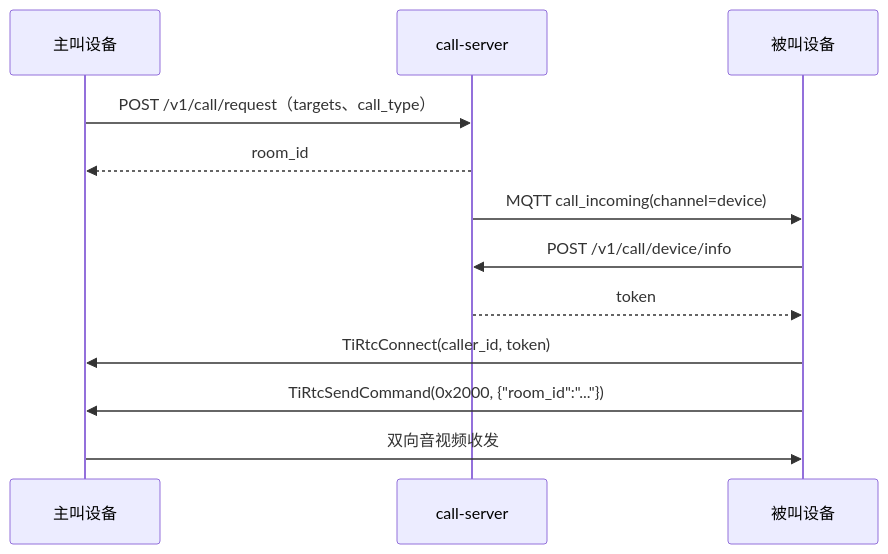
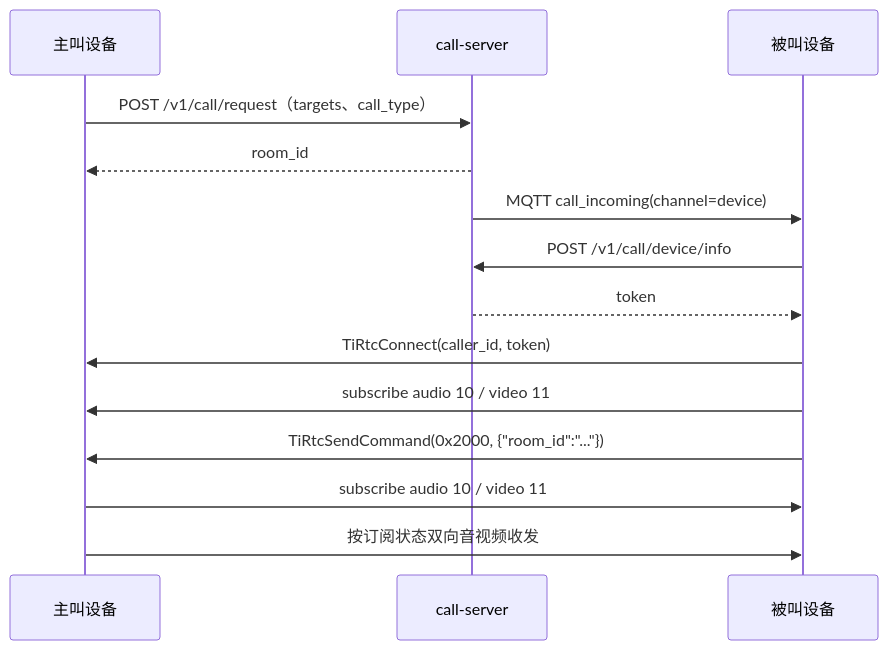
One commit to tangeai/tirtc-server-example changed the first of 2 diagrams in thing-connect/device-call.md. Above: the diagram before and after it, drawn with Mermaid. The commit also changed other lines of this file and 26 other files, not shown here.

````diff
--- a/thing-connect/device-call.md
+++ b/thing-connect/device-call.md
@@ -102,15 +104,17 @@
 ```mermaid
 sequenceDiagram
     participant CALLER as 主叫设备
     participant CALL as call-server
     participant CALLEE as 被叫设备
 
     CALLER->>CALL: POST /v1/call/request（targets、call_type）
     CALL-->>CALLER: room_id
     CALL->>CALLEE: MQTT call_incoming(channel=device)
     CALLEE->>CALL: POST /v1/call/device/info
     CALL-->>CALLEE: token
     CALLEE->>CALLER: TiRtcConnect(caller_id, token)
+    CALLEE->>CALLER: subscribe audio 10 / video 11
     CALLEE->>CALLER: TiRtcSendCommand(0x2000, {"room_id":"..."})
-    CALLER->>CALLEE: 双向音视频收发
+    CALLER->>CALLEE: subscribe audio 10 / video 11
+    CALLER->>CALLEE: 按订阅状态双向音视频收发
 ```
````
